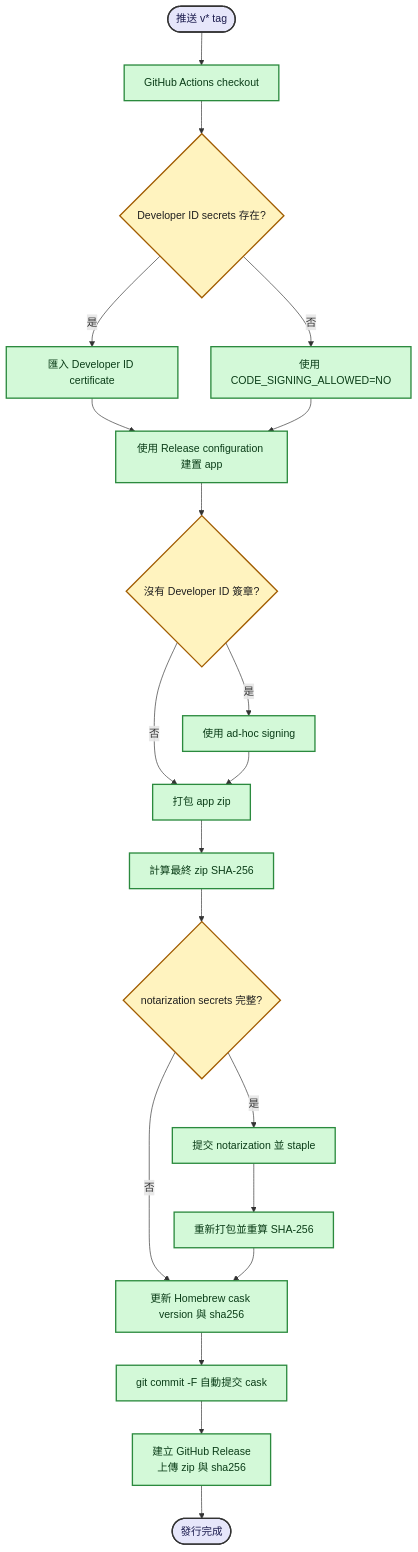
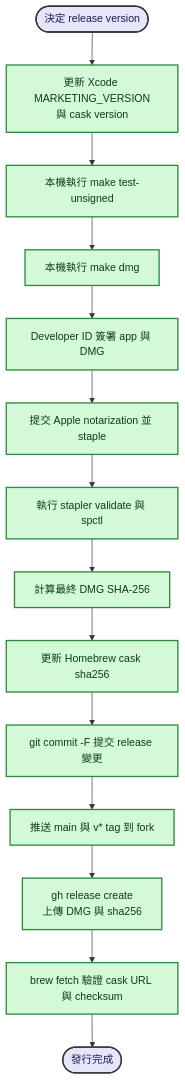
The fifth of 5 diagrams in docs/架構與流程圖.md (doggy8088/Codex-Profile-Switcher), drawn with Mermaid before and after one commit. The commit also changed 8 other files, not shown here.

First line of the commit message:
chore(release): 準備本機簽署 DMG 發行

````diff
--- a/docs/架構與流程圖.md
+++ b/docs/架構與流程圖.md
@@ -168,30 +168,22 @@
 ```mermaid
 flowchart TD
-    Tag([推送 v* tag]) --> Checkout[GitHub Actions checkout]
-    Checkout --> HasCert{Developer ID secrets 存在?}
-    HasCert -->|是| ImportCert[匯入 Developer ID certificate]
-    HasCert -->|否| Unsigned[使用 CODE_SIGNING_ALLOWED=NO]
-    ImportCert --> Build[使用 Release configuration 建置 app]
-    Unsigned --> Build
-    Build --> AdHoc{沒有 Developer ID 簽章?}
-    AdHoc -->|是| AdHocSign[使用 ad-hoc signing]
-    AdHoc -->|否| Package[打包 app zip]
-    AdHocSign --> Package
-    Package --> Checksum[計算最終 zip SHA-256]
-    Checksum --> NotarizeReady{notarization secrets 完整?}
-    NotarizeReady -->|是| Notarize[提交 notarization 並 staple]
-    NotarizeReady -->|否| UpdateCask[更新 Homebrew cask version 與 sha256]
-    Notarize --> Repack[重新打包並重算 SHA-256]
-    Repack --> UpdateCask
-    UpdateCask --> CommitCask[git commit -F 自動提交 cask]
-    CommitCask --> Release[建立 GitHub Release<br/>上傳 zip 與 sha256]
-    Release --> Done([發行完成])
+    Version([決定 release version]) --> UpdateVersion[更新 Xcode MARKETING_VERSION<br/>與 cask version]
+    UpdateVersion --> Test[本機執行 make test-unsigned]
+    Test --> Build[本機執行 make dmg]
+    Build --> Sign[Developer ID 簽署 app 與 DMG]
+    Sign --> Notarize[提交 Apple notarization 並 staple]
+    Notarize --> Gatekeeper[執行 stapler validate 與 spctl]
+    Gatekeeper --> Checksum[計算最終 DMG SHA-256]
+    Checksum --> UpdateCask[更新 Homebrew cask sha256]
+    UpdateCask --> Commit[git commit -F 提交 release 變更]
+    Commit --> Push[推送 main 與 v* tag 到 fork]
+    Push --> Release[gh release create<br/>上傳 DMG 與 sha256]
+    Release --> BrewFetch[brew fetch 驗證 cask URL 與 checksum]
+    BrewFetch --> Done([發行完成])
 
     classDef startEnd fill:#E6E6FA,stroke:#333,stroke-width:2px,color:#1B1B4D
     classDef process fill:#D3F9D8,stroke:#2B8A3E,stroke-width:2px,color:#0B3D18
-    classDef decision fill:#FFF3BF,stroke:#A15C00,stroke-width:2px,color:#1F1F1F
 
-    class Tag,Done startEnd
-    class Checkout,ImportCert,Unsigned,Build,AdHocSign,Package,Checksum,Notarize,Repack,UpdateCask,CommitCask,Release process
-    class HasCert,AdHoc,NotarizeReady decision
+    class Version,Done startEnd
+    class UpdateVersion,Test,Build,Sign,Notarize,Gatekeeper,Checksum,UpdateCask,Commit,Push,Release,BrewFetch process
 ```
````
